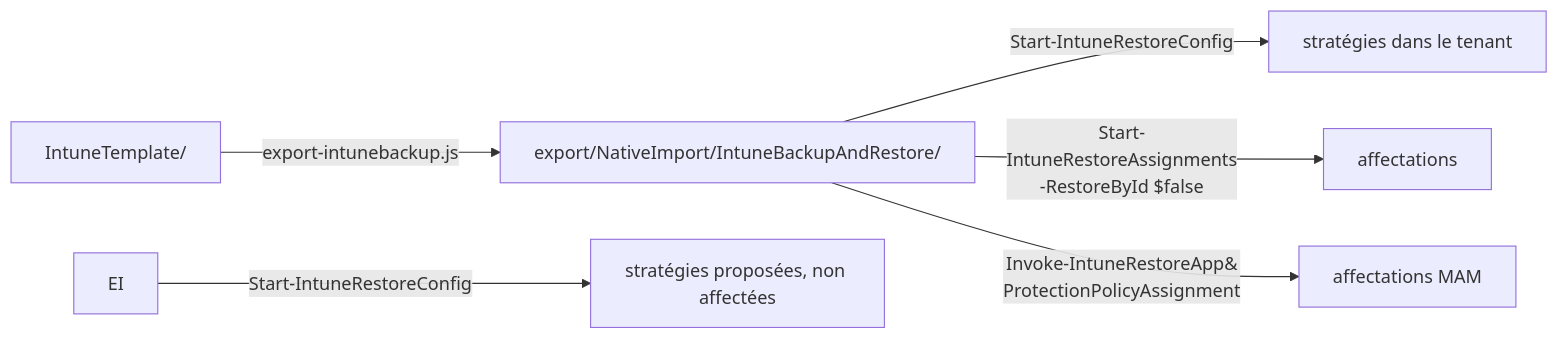
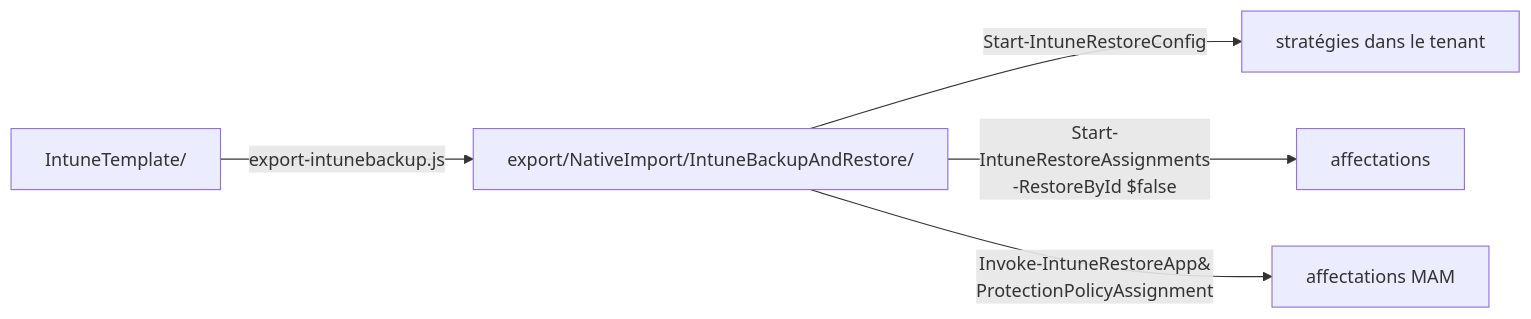
The diagram in export/README.fr.md (sjkanon/IntuneBackup), drawn with Mermaid before and after one commit. The commit also changed other lines of this file and 180 other files, not shown here.

````diff
--- a/export/README.fr.md
+++ b/export/README.fr.md
@@ -46,8 +37,7 @@
 ```mermaid
 flowchart LR
   T["IntuneTemplate/"] -->|export-intunebackup.js| E["export/NativeImport/IntuneBackupAndRestore/"]
-  EI -->|Start-IntuneRestoreConfig| PI["stratégies proposées, non affectées"]
   E -->|Start-IntuneRestoreConfig| P["stratégies dans le tenant"]
   E -->|Start-IntuneRestoreAssignments<br/>-RestoreById $false| A["affectations"]
   E -->|Invoke-IntuneRestoreApp&#8203;ProtectionPolicyAssignment| M["affectations MAM"]
 ```
````
